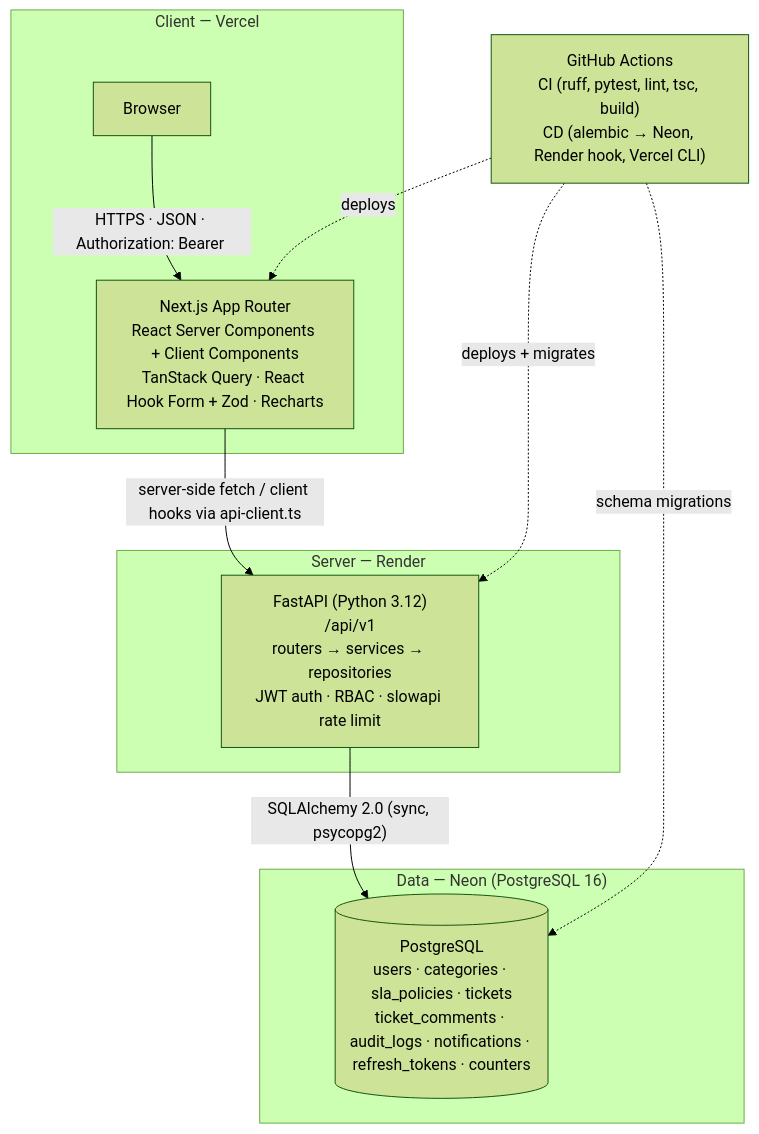
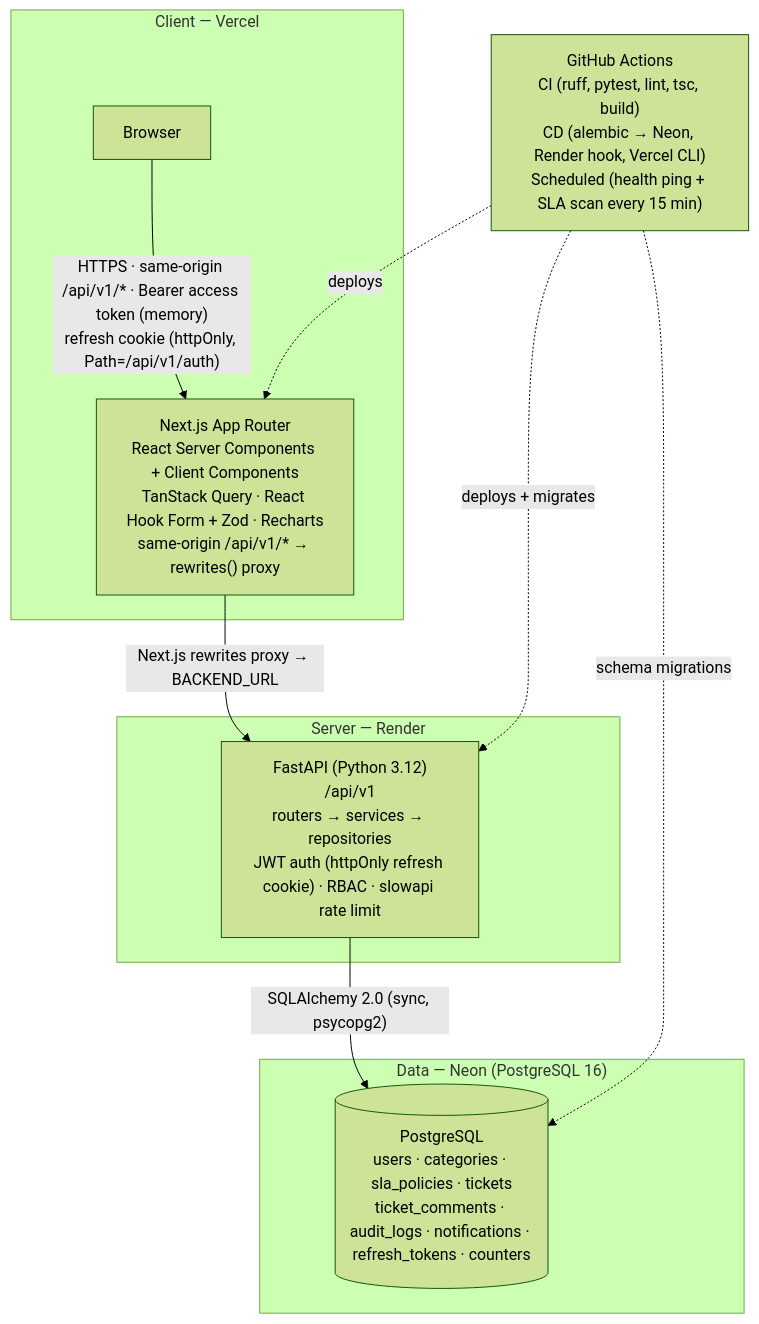
Before and after one commit to zayddawood-0/deskflow: the first of 4 diagrams in docs/ARCHITECTURE.md, drawn with Mermaid (forest theme). The commit also changed other lines of this file and 69 other files, not shown here.

Commit message:
chore: scaffold monorepo with FastAPI backend, Next.js frontend, docker compose and CI

````diff
--- a/docs/ARCHITECTURE.md
+++ b/docs/ARCHITECTURE.md
@@ -10,21 +10,21 @@
 ```mermaid
 flowchart TB
     subgraph client["Client — Vercel"]
         U["Browser"]
-        N["Next.js App Router<br/>React Server Components + Client Components<br/>TanStack Query · React Hook Form + Zod · Recharts"]
+        N["Next.js App Router<br/>React Server Components + Client Components<br/>TanStack Query · React Hook Form + Zod · Recharts<br/>same-origin /api/v1/* → rewrites() proxy"]
     end
     subgraph server["Server — Render"]
-        R["FastAPI (Python 3.12)<br/>/api/v1<br/>routers → services → repositories<br/>JWT auth · RBAC · slowapi rate limit"]
+        R["FastAPI (Python 3.12)<br/>/api/v1<br/>routers → services → repositories<br/>JWT auth (httpOnly refresh cookie) · RBAC · slowapi rate limit"]
     end
     subgraph data["Data — Neon (PostgreSQL 16)"]
         DB[("PostgreSQL<br/>users · categories · sla_policies · tickets<br/>ticket_comments · audit_logs · notifications · refresh_tokens · counters")]
     end
-    G["GitHub Actions<br/>CI (ruff, pytest, lint, tsc, build)<br/>CD (alembic → Neon, Render hook, Vercel CLI)"]
+    G["GitHub Actions<br/>CI (ruff, pytest, lint, tsc, build)<br/>CD (alembic → Neon, Render hook, Vercel CLI)<br/>Scheduled (health ping + SLA scan every 15 min)"]
 
-    U -- "HTTPS · JSON · Authorization: Bearer <access_token>" --> N
-    N -- "server-side fetch / client hooks via api-client.ts" --> R
+    U -- "HTTPS · same-origin /api/v1/* · Bearer access token (memory)<br/>refresh cookie (httpOnly, Path=/api/v1/auth)" --> N
+    N -- "Next.js rewrites proxy → BACKEND_URL" --> R
     R -- "SQLAlchemy 2.0 (sync, psycopg2)" --> DB
     G -. deploys .-> N
     G -. deploys + migrates .-> R
     G -. schema migrations .-> DB
 ```
````
